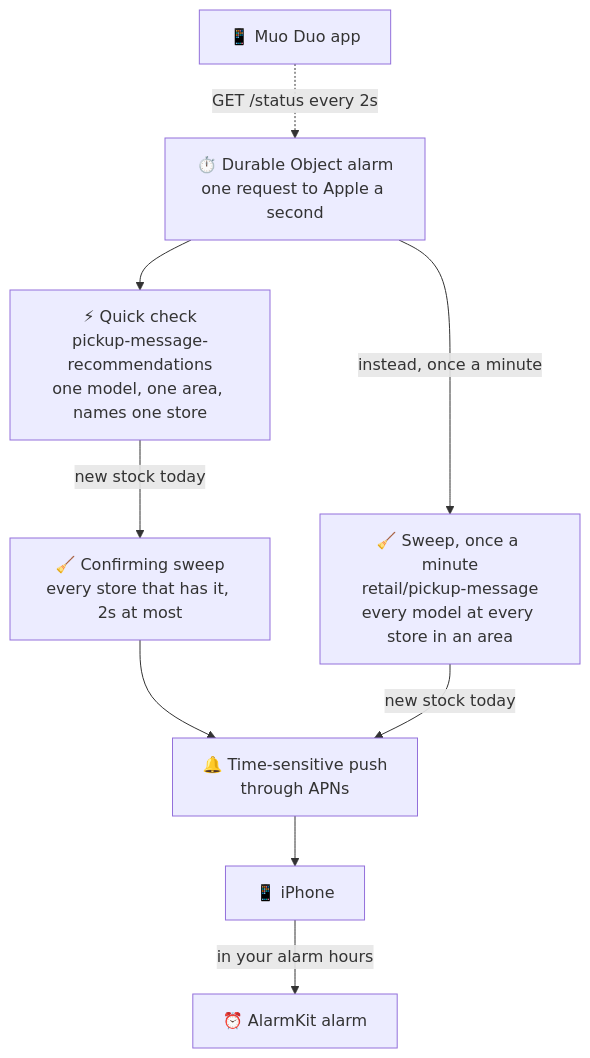
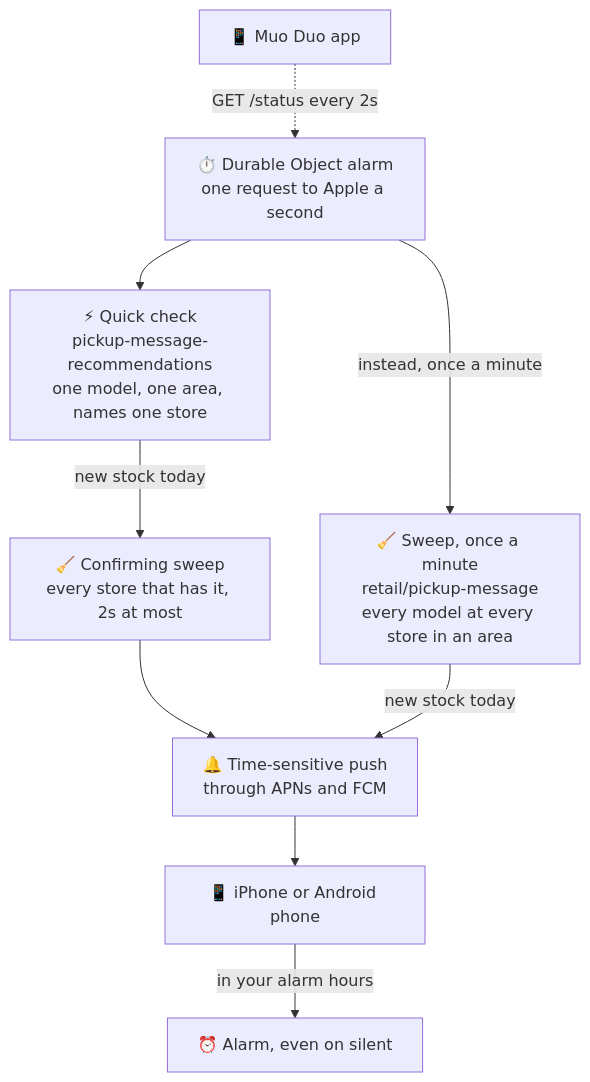
Before and after one commit to barclayd/muo-duo: the diagram in README.md, drawn with Mermaid. The commit also changed other lines of this file and 10 other files, not shown here.

First line of the commit message:
Send pushes to Android phones through Firebase Cloud Messaging

````diff
--- a/README.md
+++ b/README.md
@@ -111,20 +111,20 @@
 ```mermaid
 flowchart TD
     tick["⏱️ Durable Object alarm<br>one request to Apple a second"]
     quick["⚡ Quick check<br>pickup-message-recommendations<br>one model, one area, names one store"]
     sweep["🧹 Sweep, once a minute<br>retail/pickup-message<br>every model at every store in an area"]
     confirm["🧹 Confirming sweep<br>every store that has it, 2s at most"]
-    push["🔔 Time-sensitive push<br>through APNs"]
-    phone["📱 iPhone"]
-    ring["⏰ AlarmKit alarm"]
+    push["🔔 Time-sensitive push<br>through APNs and FCM"]
+    phone["📱 iPhone or Android phone"]
+    ring["⏰ Alarm, even on silent"]
     app["📱 Muo Duo app"]
 
     tick --> quick
     tick -->|"instead, once a minute"| sweep
     quick -->|"new stock today"| confirm
     confirm --> push
     sweep -->|"new stock today"| push
     push --> phone
     phone -->|"in your alarm hours"| ring
     app -.->|"GET /status every 2s"| tick
 ```
````
